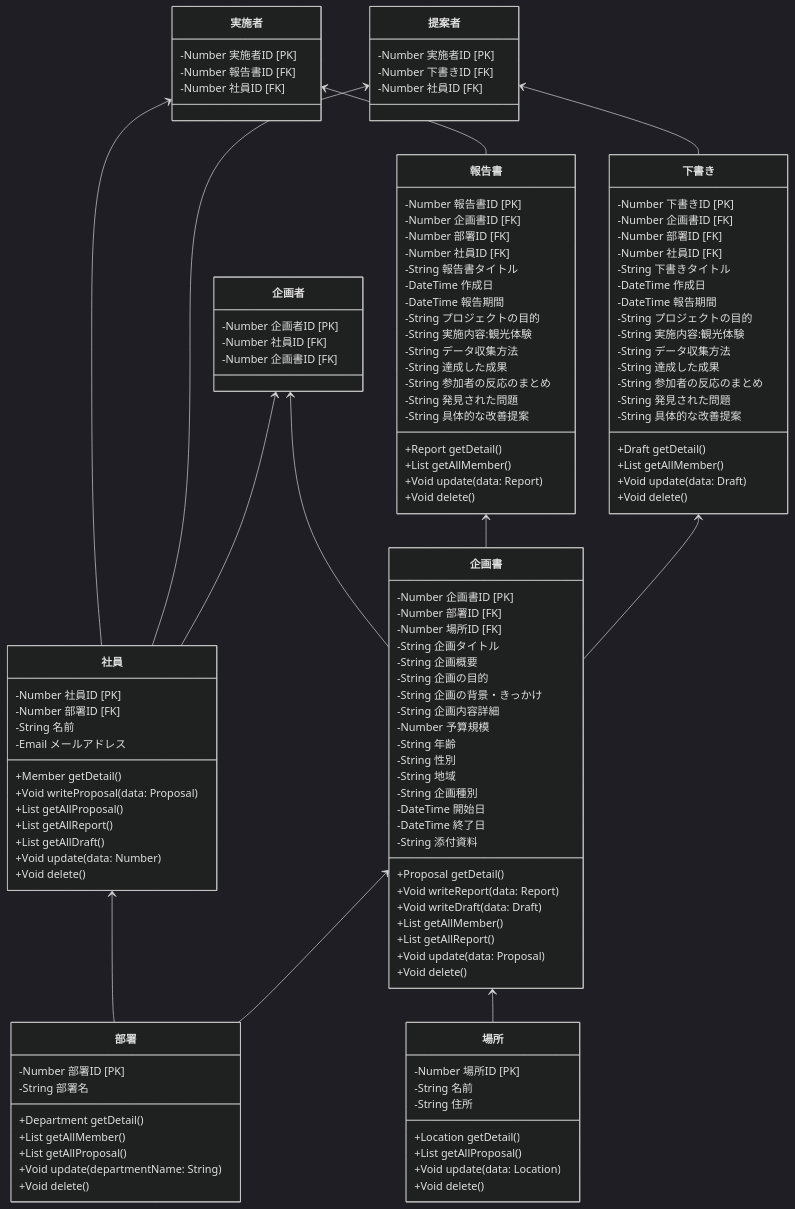
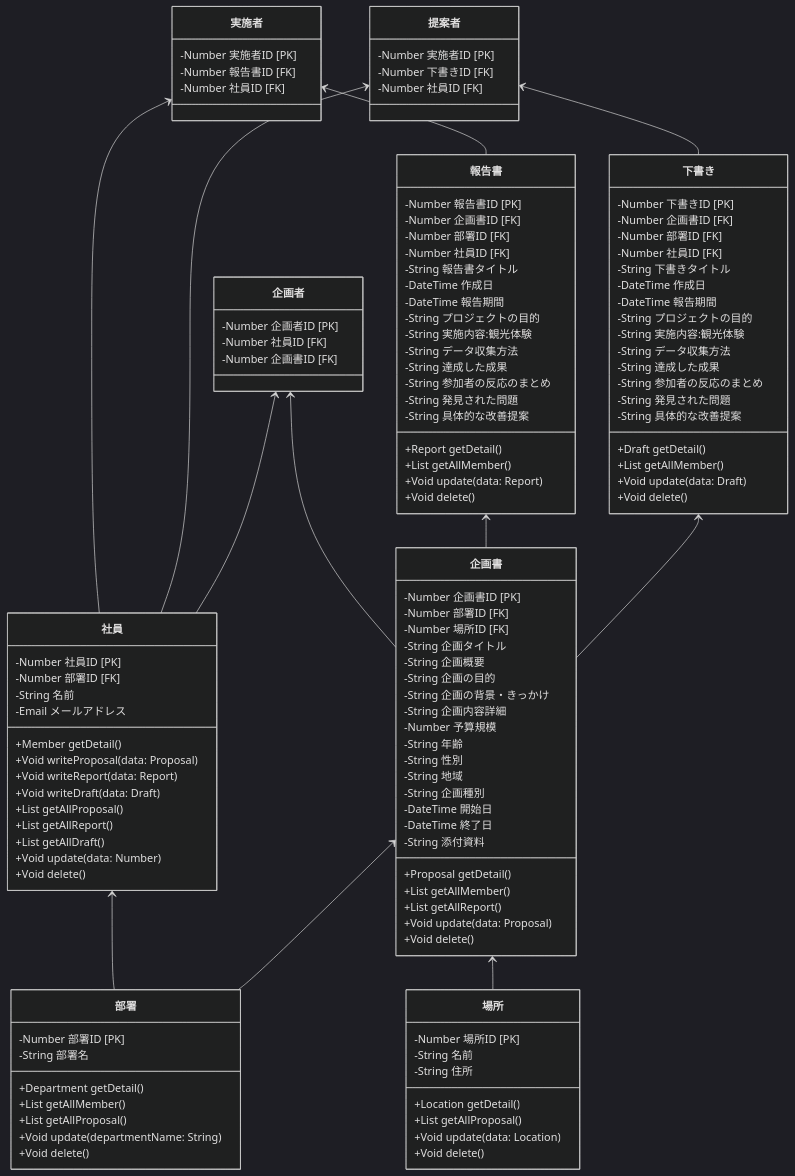
The diagram in class.md (MineyamaHiyori/detailed_architect), drawn with Mermaid (dark theme) before and after one commit. The commit also changed other lines of this file, not shown here.

```diff
--- a/class.md
+++ b/class.md
@@ -20,6 +20,8 @@
 
         +Member getDetail()
         +Void writeProposal(data: Proposal)
+        +Void writeReport(data: Report)
+        +Void writeDraft(data: Draft)
         +List getAllProposal()
         +List getAllReport()
         +List getAllDraft()
@@ -46,8 +48,6 @@
         -String 添付資料
         
         +Proposal getDetail()
-        +Void writeReport(data: Report)
-        +Void writeDraft(data: Draft)
         +List getAllMember()
         +List getAllReport()
         +Void update(data: Proposal)
```
